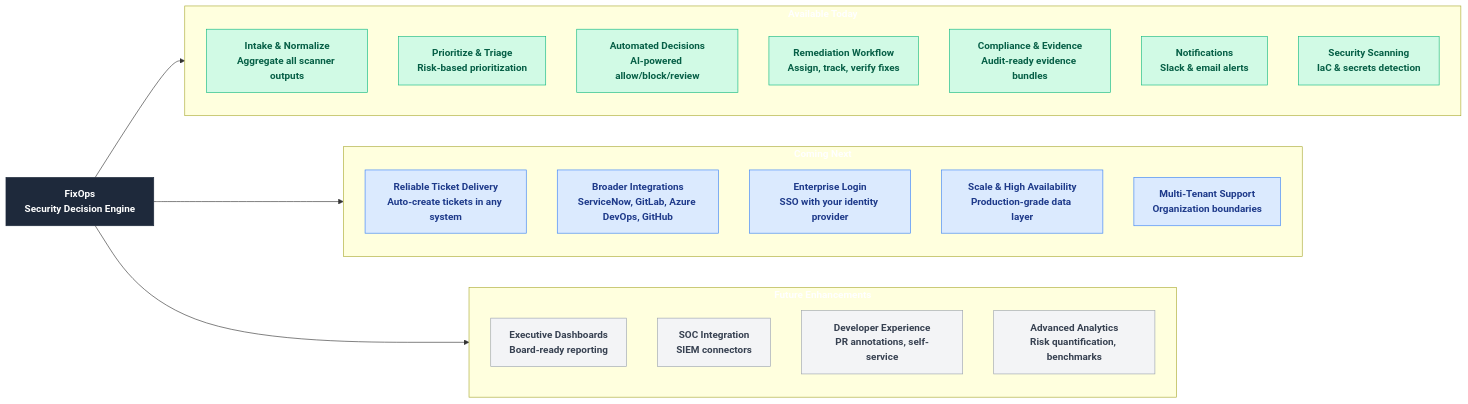
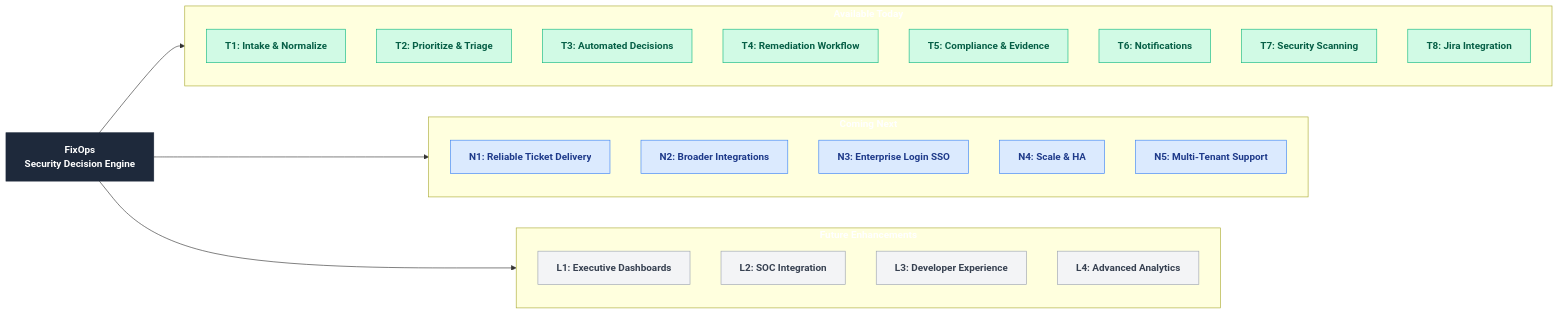
Before and after one commit to DevOpsMadDog/Fixops: the diagram in docs/FIXOPS_PRODUCT_STATUS.md, drawn with Mermaid. The commit also changed other lines of this file, not shown here.

````diff
--- a/docs/FIXOPS_PRODUCT_STATUS.md
+++ b/docs/FIXOPS_PRODUCT_STATUS.md
@@ -11,41 +11,42 @@
 ```mermaid
 flowchart LR
   F[FixOps<br/>Security Decision Engine]:::root
 
   subgraph TODAY[Available Today]
     direction TB
-    T1[Intake & Normalize<br/>Aggregate all scanner outputs]:::done
-    T2[Prioritize & Triage<br/>Risk-based prioritization]:::done
-    T3[Automated Decisions<br/>AI-powered allow/block/review]:::done
-    T4[Remediation Workflow<br/>Assign, track, verify fixes]:::done
-    T5[Compliance & Evidence<br/>Audit-ready evidence bundles]:::done
-    T6[Notifications<br/>Slack & email alerts]:::done
-    T7[Security Scanning<br/>IaC & secrets detection]:::done
+    T1[T1: Intake & Normalize]:::done
+    T2[T2: Prioritize & Triage]:::done
+    T3[T3: Automated Decisions]:::done
+    T4[T4: Remediation Workflow]:::done
+    T5[T5: Compliance & Evidence]:::done
+    T6[T6: Notifications]:::done
+    T7[T7: Security Scanning]:::done
+    T8[T8: Jira Integration]:::done
   end
 
   subgraph NEXT[Coming Next]
     direction TB
-    N1[Reliable Ticket Delivery<br/>Auto-create tickets in any system]:::planned
-    N2[Broader Integrations<br/>ServiceNow, GitLab, Azure DevOps, GitHub]:::planned
-    N3[Enterprise Login<br/>SSO with your identity provider]:::planned
-    N4[Scale & High Availability<br/>Production-grade data layer]:::planned
-    N5[Multi-Tenant Support<br/>Organization boundaries]:::planned
+    N1[N1: Reliable Ticket Delivery]:::planned
+    N2[N2: Broader Integrations]:::planned
+    N3[N3: Enterprise Login SSO]:::planned
+    N4[N4: Scale & HA]:::planned
+    N5[N5: Multi-Tenant Support]:::planned
   end
 
   subgraph LATER[Future Enhancements]
     direction TB
-    L1[Executive Dashboards<br/>Board-ready reporting]:::later
-    L2[SOC Integration<br/>SIEM connectors]:::later
-    L3[Developer Experience<br/>PR annotations, self-service]:::later
-    L4[Advanced Analytics<br/>Risk quantification, benchmarks]:::later
+    L1[L1: Executive Dashboards]:::later
+    L2[L2: SOC Integration]:::later
+    L3[L3: Developer Experience]:::later
+    L4[L4: Advanced Analytics]:::later
   end
 
   F --> TODAY
   F --> NEXT
   F --> LATER
 
   classDef root fill:#1e293b,stroke:#1e293b,color:#ffffff,font-weight:bold;
   classDef done fill:#d1fae5,stroke:#10b981,color:#065f46;
   classDef planned fill:#dbeafe,stroke:#3b82f6,color:#1e3a8a;
   classDef later fill:#f3f4f6,stroke:#9ca3af,color:#374151;
 ```
````
